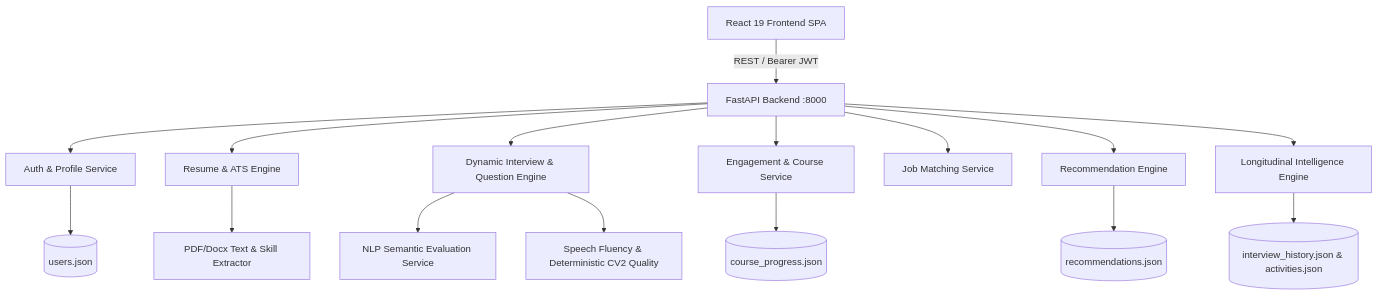
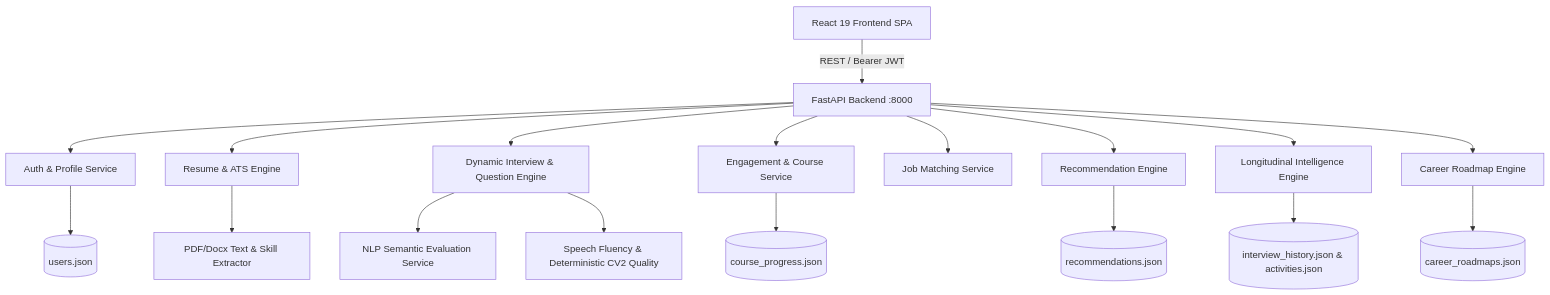
The diagram in PREPRIA_ARCHITECTURE.md (Reshmad362/prepria-ai-career1), drawn with Mermaid before and after one commit. The commit also changed other lines of this file and 98 other files, not shown here.

````diff
--- a/PREPRIA_ARCHITECTURE.md
+++ b/PREPRIA_ARCHITECTURE.md
@@ -16,20 +16,22 @@
 ```mermaid
 graph TD
     A[React 19 Frontend SPA] -->|REST / Bearer JWT| B[FastAPI Backend :8000]
     B --> C[Auth & Profile Service]
     B --> D[Resume & ATS Engine]
     B --> E[Dynamic Interview & Question Engine]
     B --> F[Engagement & Course Service]
     B --> G[Job Matching Service]
     B --> H[Recommendation Engine]
     B --> I[Longitudinal Intelligence Engine]
+    B --> J[Career Roadmap Engine]
     
-    D --> J[PDF/Docx Text & Skill Extractor]
-    E --> K[NLP Semantic Evaluation Service]
-    E --> L[Speech Fluency & Deterministic CV2 Quality]
+    D --> K[PDF/Docx Text & Skill Extractor]
+    E --> L[NLP Semantic Evaluation Service]
+    E --> M[Speech Fluency & Deterministic CV2 Quality]
     
-    C --> M[(users.json)]
-    F --> N[(course_progress.json)]
-    H --> O[(recommendations.json)]
-    I --> P[(interview_history.json & activities.json)]
+    C --> N[(users.json)]
+    F --> O[(course_progress.json)]
+    H --> P[(recommendations.json)]
+    I --> Q[(interview_history.json & activities.json)]
+    J --> R[(career_roadmaps.json)]
 ```
````
